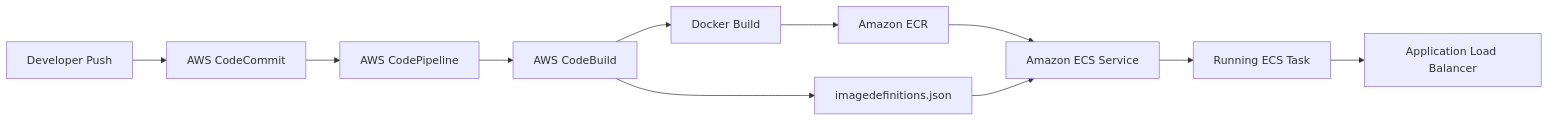
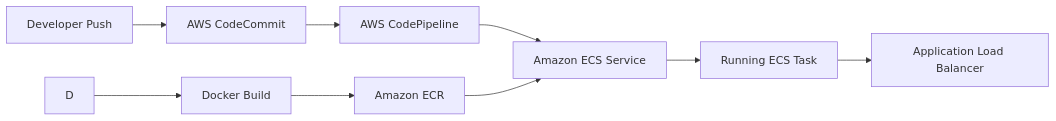
Before and after one commit to DarshanCHMSR/ci_cd_pipeline: the diagram in README.md, drawn with Mermaid.

Commit message:
workflow updated

````diff
--- a/README.md
+++ b/README.md
@@ -102,13 +102,11 @@
 ```mermaid
 flowchart LR
     A[Developer Push] --> B[AWS CodeCommit]
     B --> C[AWS CodePipeline]
-    C --> D[AWS CodeBuild]
+    C --> H[AWS CodeBuild]
     D --> E[Docker Build]
     E --> F[Amazon ECR]
-    D --> G[imagedefinitions.json]
     F --> H[Amazon ECS Service]
-    G --> H
     H --> I[Running ECS Task]
     I --> J[Application Load Balancer]
 ```
````
